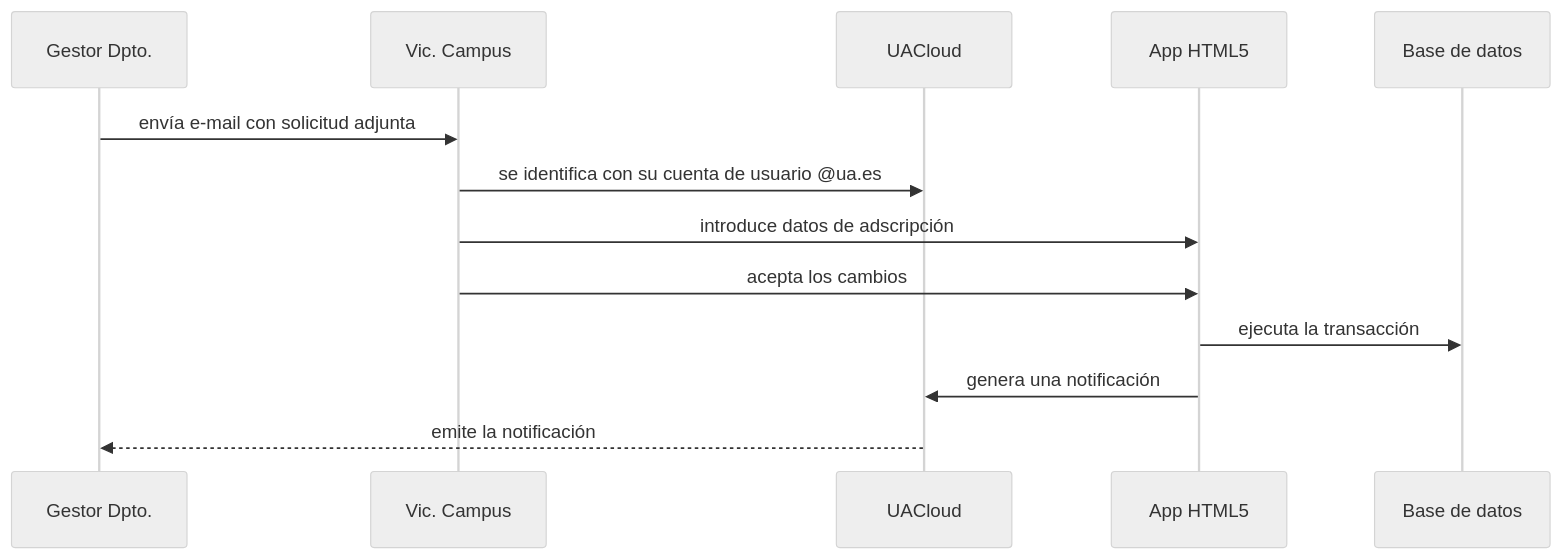
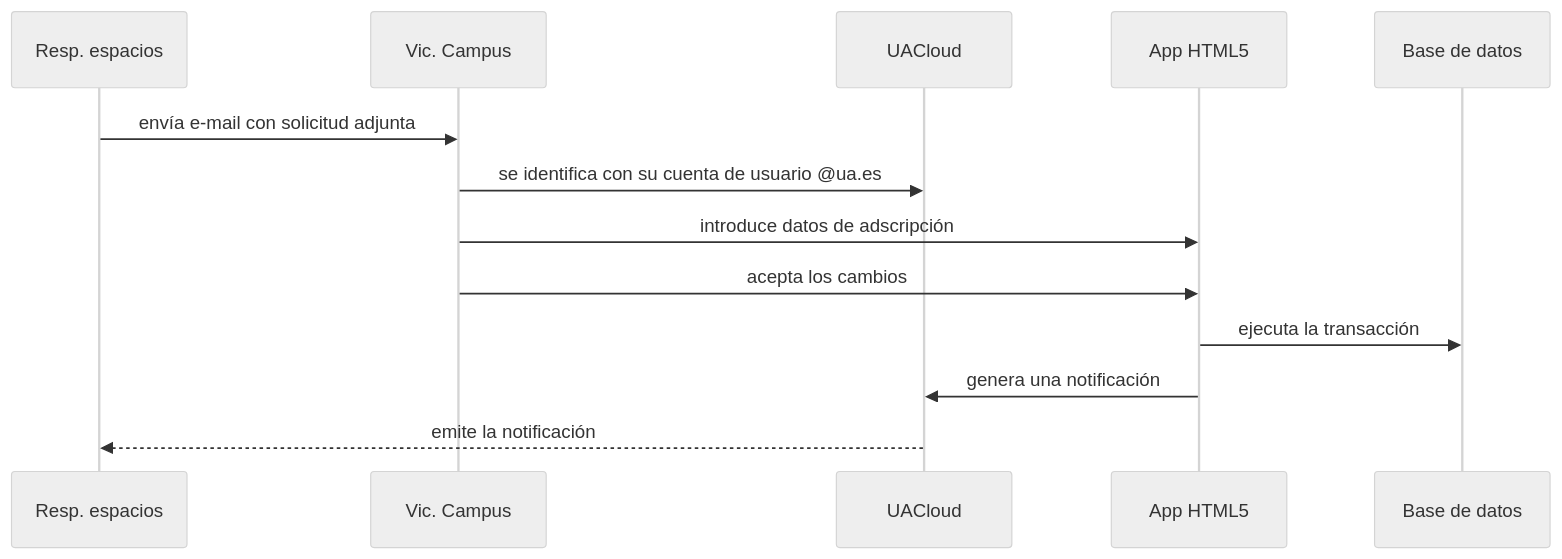
The diagram in ds02-2.md (labgeo/ua-mods), drawn with Mermaid (neutral theme) before and after one commit.

```diff
--- a/ds02-2.md
+++ b/ds02-2.md
@@ -5,10 +5,10 @@
 {% mermaid %}
 sequenceDiagram;
-  Gestor Dpto.->>Vic. Campus: envía e-mail con solicitud adjunta;
+  Resp. espacios->>Vic. Campus: envía e-mail con solicitud adjunta;
   Vic. Campus->>UACloud: se identifica con su cuenta de usuario @ua.es;
   Vic. Campus->>App HTML5: introduce datos de adscripción;
   Vic. Campus->>App HTML5: acepta los cambios;
   App HTML5->>Base de datos: ejecuta la transacción;
   App HTML5->>UACloud: genera una notificación;
-  UACloud-->>Gestor Dpto.: emite la notificación;
+  UACloud-->>Resp. espacios: emite la notificación;
 {% endmermaid %}
```
